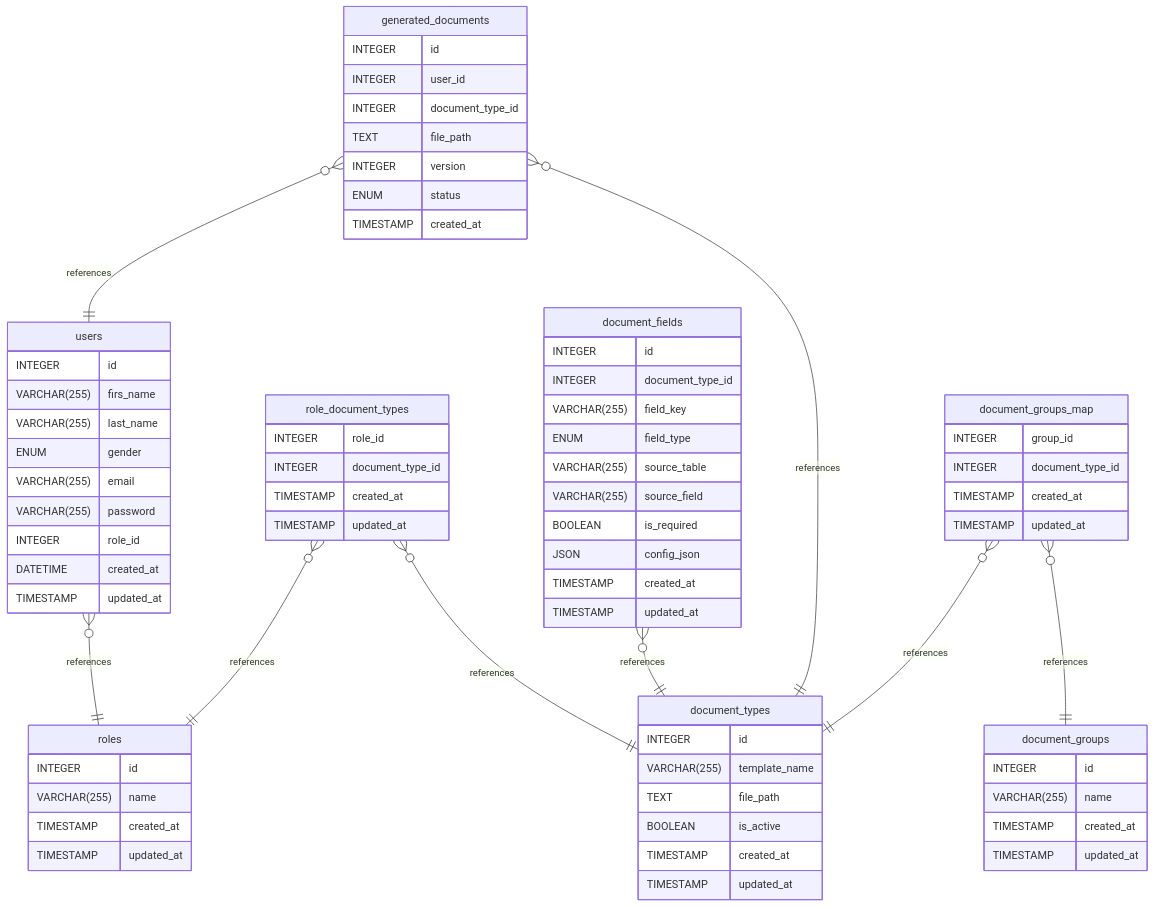
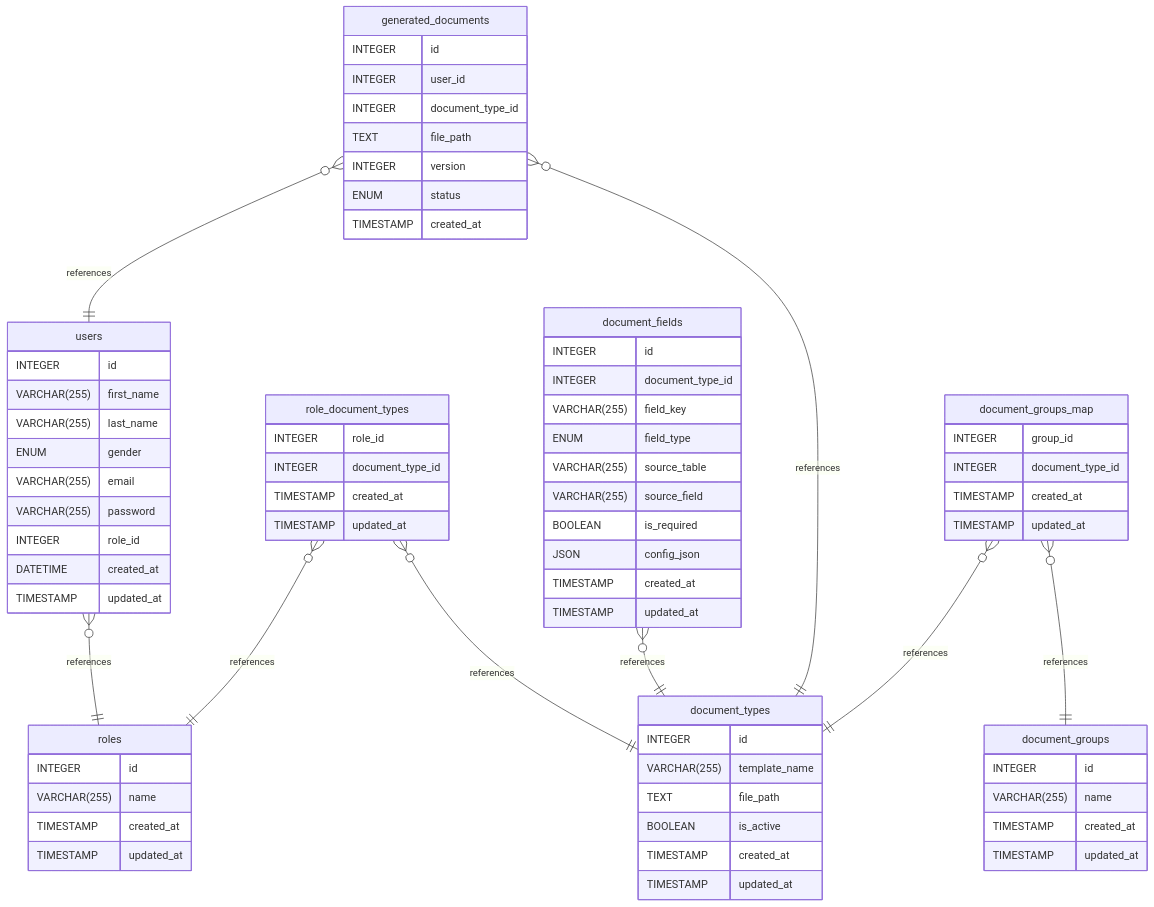
Before and after one commit to nzrrs/CMC-DMS: the diagram in database/README.md, drawn with Mermaid. The commit also changed other lines of this file, not shown here.

```diff
--- a/database/README.md
+++ b/database/README.md
@@ -257,7 +257,7 @@
 
 	users {
 		INTEGER id
-		VARCHAR(255) firs_name
+		VARCHAR(255) first_name
 		VARCHAR(255) last_name
 		ENUM gender
 		VARCHAR(255) email
```
